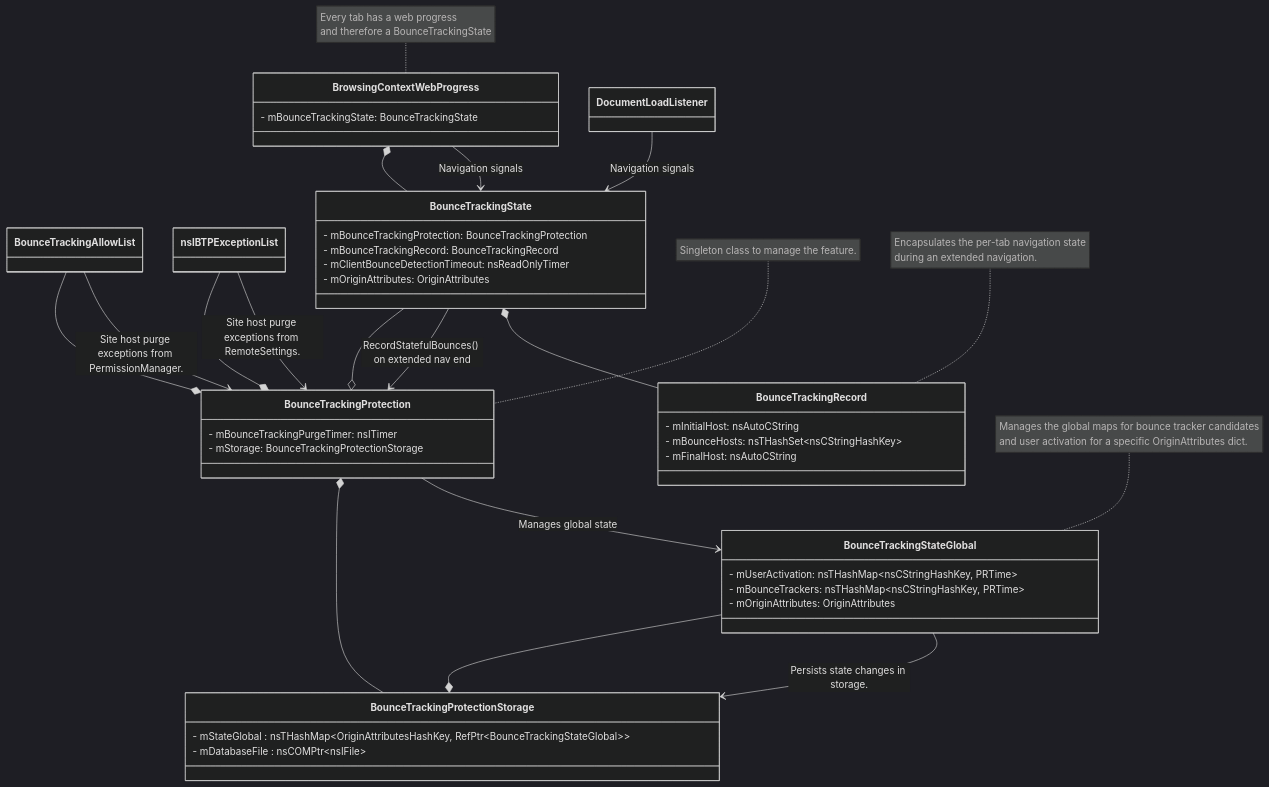
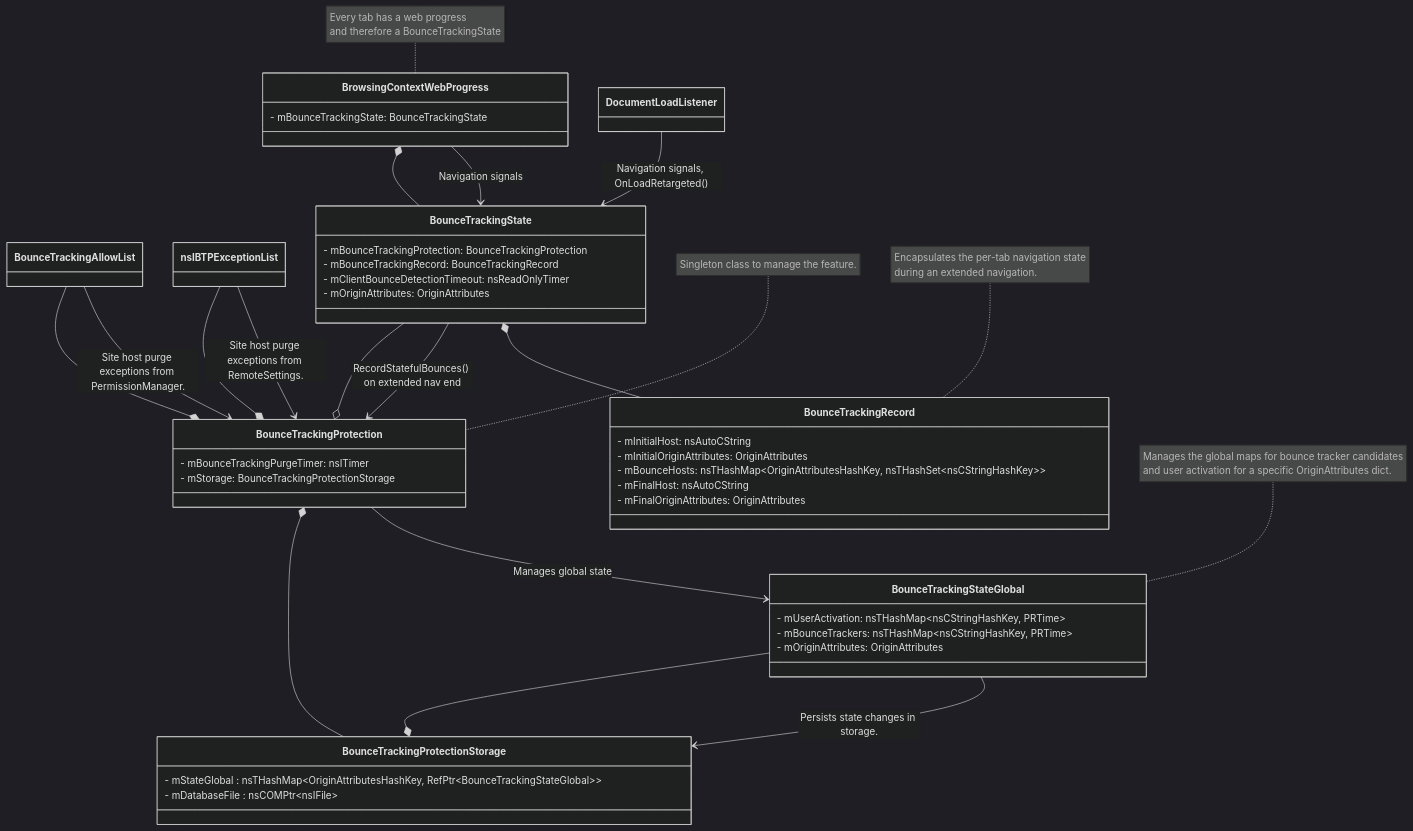
One commit to marco-c/gecko-dev-comments-removed changed the diagram in toolkit/components/antitracking/docs/bounce-tracking-protection/index.md. Above: the diagram before and after it, drawn with Mermaid (dark theme). The commit also changed other lines of this file, not shown here.

First line of the commit message:
Bug 2058145 - Document how Bounce Tracking Protection handles extended navigations across containers. r=bvandersloot,baku

````diff
--- a/toolkit/components/antitracking/docs/bounce-tracking-protection/index.md
+++ b/toolkit/components/antitracking/docs/bounce-tracking-protection/index.md
@@ -115,77 +145,79 @@
 ```{mermaid}
 classDiagram
     class BounceTrackingProtection {
         - mBounceTrackingPurgeTimer: nsITimer
         - mStorage: BounceTrackingProtectionStorage
     }
 
     note for BounceTrackingProtection "Singleton class to manage the feature."
 
     class BounceTrackingAllowList {
         <!-- [...] -->
     }
 
     class nsIBTPExceptionList {
         <!-- Bug 1930704: Empty classes lead to build errors. Adding a comment inside the class fixes the issue -->
         <!-- [...] -->
     }
 
     class BounceTrackingStateGlobal {
         - mUserActivation: nsTHashMap&lt;nsCStringHashKey, PRTime&gt;
         - mBounceTrackers: nsTHashMap&lt;nsCStringHashKey, PRTime&gt;
         - mOriginAttributes: OriginAttributes
     }
 
     note for BounceTrackingStateGlobal "Manages the global maps for bounce tracker candidates
                                         and user activation for a specific OriginAttributes dict."
 
     class BounceTrackingProtectionStorage {
         - mStateGlobal : nsTHashMap&lt;OriginAttributesHashKey, RefPtr&lt;BounceTrackingStateGlobal&gt;&gt;
         - mDatabaseFile : nsCOMPtr&lt;nsIFile&gt;
     }
 
 
     class BounceTrackingRecord {
         - mInitialHost: nsAutoCString
-        - mBounceHosts: nsTHashSet&lt;nsCStringHashKey&gt;
+        - mInitialOriginAttributes: OriginAttributes
+        - mBounceHosts: nsTHashMap&lt;OriginAttributesHashKey, nsTHashSet&lt;nsCStringHashKey&gt;&gt;
         - mFinalHost: nsAutoCString
+        - mFinalOriginAttributes: OriginAttributes
     }
 
     note for BounceTrackingRecord "Encapsulates the per-tab navigation state
                                    during an extended navigation."
 
     class BounceTrackingState {
         - mBounceTrackingProtection: BounceTrackingProtection
         - mBounceTrackingRecord: BounceTrackingRecord
         - mClientBounceDetectionTimeout: nsReadOnlyTimer
         - mOriginAttributes: OriginAttributes
     }
 
 
     class BrowsingContextWebProgress {
         - mBounceTrackingState: BounceTrackingState
     }
 
 
     class DocumentLoadListener{
         <!-- [...] -->
     }
 
     note for BrowsingContextWebProgress "Every tab has a web progress
                                          and therefore a BounceTrackingState"
 
     BounceTrackingProtection *-- BounceTrackingProtectionStorage
     BounceTrackingState --o BounceTrackingProtection
     BounceTrackingState --> BounceTrackingProtection : RecordStatefulBounces() on extended nav end
     BounceTrackingState *-- BounceTrackingRecord
     BrowsingContextWebProgress *-- BounceTrackingState
     BounceTrackingStateGlobal --* BounceTrackingProtectionStorage
     BounceTrackingStateGlobal --> BounceTrackingProtectionStorage : Persists state changes in storage.
     BounceTrackingProtection --> BounceTrackingStateGlobal : Manages global state
     nsIBTPExceptionList --* BounceTrackingProtection
     nsIBTPExceptionList --> BounceTrackingProtection : Site host purge exceptions from RemoteSettings.
     BounceTrackingAllowList --* BounceTrackingProtection
     BounceTrackingAllowList --> BounceTrackingProtection :  Site host purge exceptions from PermissionManager.
     BrowsingContextWebProgress --> BounceTrackingState : Navigation signals
-    DocumentLoadListener --> BounceTrackingState : Navigation signals
+    DocumentLoadListener --> BounceTrackingState : Navigation signals, OnLoadRetargeted()
 ```
````
